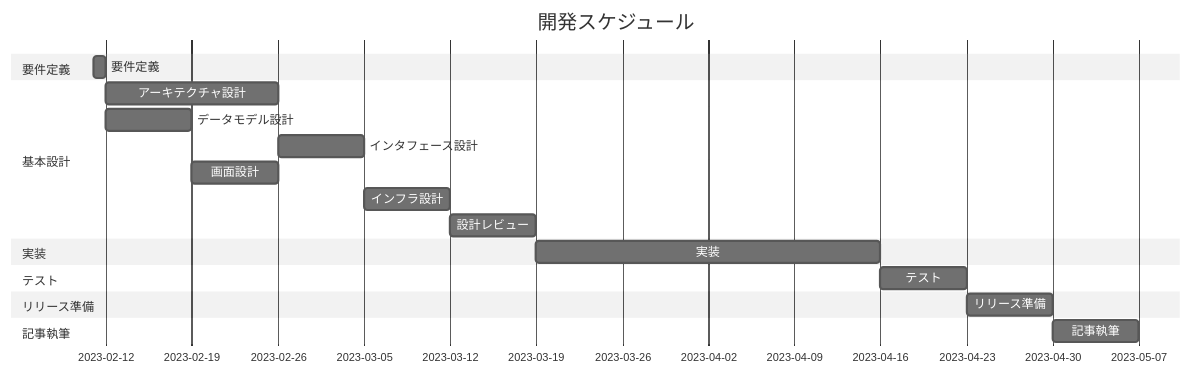
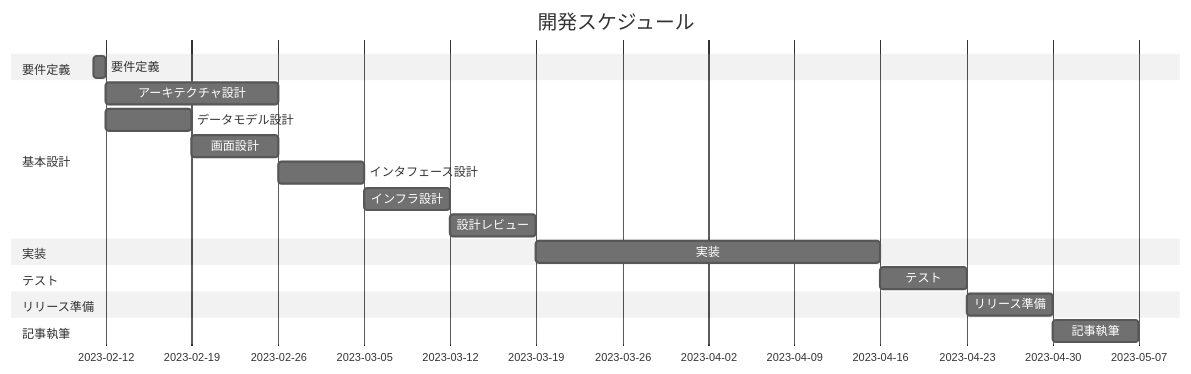
One commit to yuya-okada527/web-app-dev-with-ai changed the diagram in README.md. Above: the diagram before and after it, drawn with Mermaid (neutral theme). The commit also changed other lines of this file, not shown here.

````diff
--- a/README.md
+++ b/README.md
@@ -7,22 +7,22 @@
 ```mermaid
 gantt
   title 開発スケジュール
   dateFormat YYYY-MM-DD
   section 要件定義
   要件定義: 2023-02-11, 2023-02-12
   section 基本設計
   アーキテクチャ設計: 2023-02-12, 2023-02-26
   データモデル設計: 2023-02-12, 2023-02-19
+  画面設計: 2023-02-19, 2023-02-26
   インタフェース設計: 2023-02-26, 2023-03-05
-  画面設計: 2023-02-19, 2023-02-26
   インフラ設計: 2023-03-05, 2023-03-12
   設計レビュー: 2023-03-12, 2023-03-19
   section 実装
   実装: 2023-03-19, 2023-04-16
   section テスト
   テスト: 2023-04-16, 2023-04-23
   section リリース準備
   リリース準備: 2023-04-23, 2023-04-30
   section 記事執筆
   記事執筆: 2023-04-30, 2023-05-07
 ```
````
